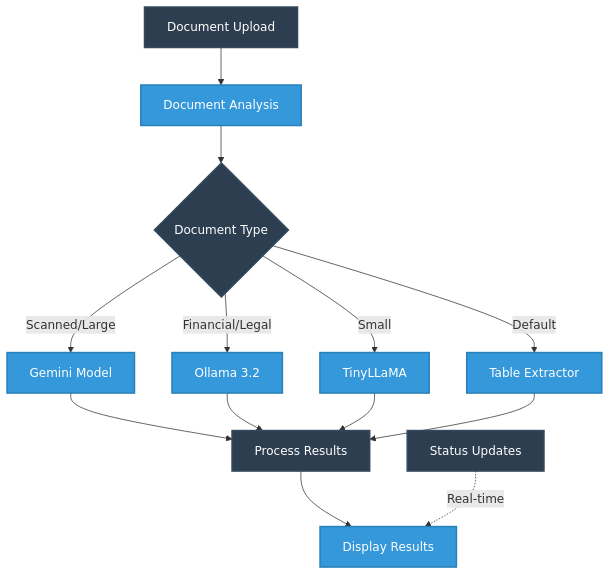
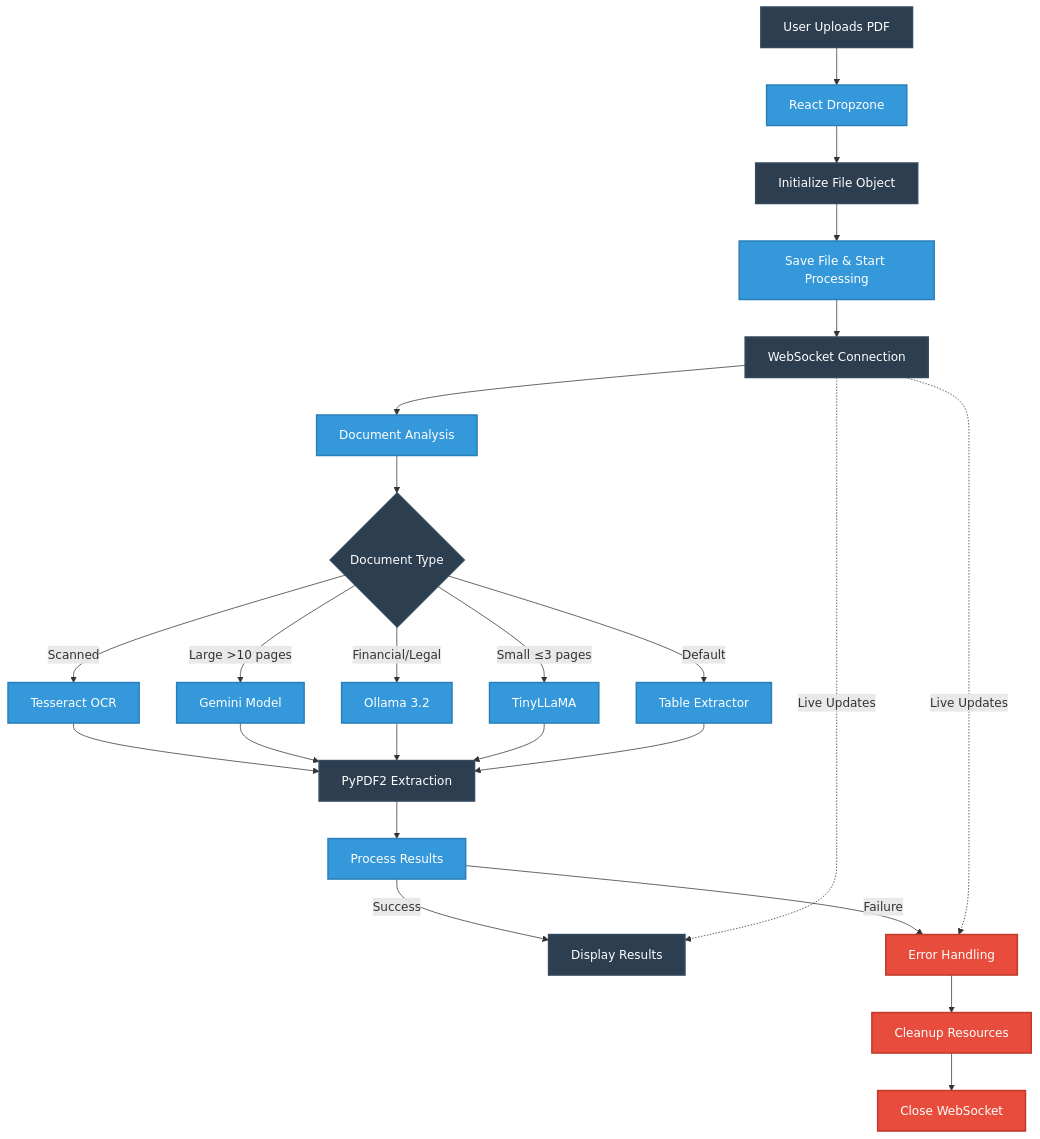
Before and after one commit to pharshithaa/document-processing-system: the diagram in README.md, drawn with Mermaid. The commit also changed other lines of this file, not shown here.

````diff
--- a/README.md
+++ b/README.md
@@ -9,34 +9,61 @@
 ```mermaid
 graph TD
-    %% Main Flow
-    A[Document Upload] --> B[Document Analysis]
-    B --> C{Document Type}
+    %% Frontend Flow
+    A[User Uploads PDF] --> B[React Dropzone]
+    B --> C[Initialize File Object]
+    
+    %% Backend Processing
+    C --> D[Save File & Start Processing]
+    D --> E[WebSocket Connection]
+    
+    %% Document Analysis
+    E --> F[Document Analysis]
+    F --> G{Document Type}
     
     %% Processing Paths
-    C -->|Scanned/Large| D[Gemini Model]
-    C -->|Financial/Legal| E[Ollama 3.2]
-    C -->|Small| F[TinyLLaMA]
-    C -->|Default| G[Table Extractor]
+    G -->|Scanned| H[Tesseract OCR]
+    G -->|Large >10 pages| I[Gemini Model]
+    G -->|Financial/Legal| J[Ollama 3.2]
+    G -->|Small ≤3 pages| K[TinyLLaMA]
+    G -->|Default| L[Table Extractor]
     
-    %% Results
-    D --> H[Process Results]
-    E --> H
-    F --> H
-    G --> H
+    %% Content Processing
+    H --> M[PyPDF2 Extraction]
+    I --> M
+    J --> M
+    K --> M
+    L --> M
     
-    %% Status & Display
-    H --> I[Display Results]
-    J[Status Updates] -.->|Real-time| I
+    %% Results & Status
+    M --> N[Process Results]
+    N -->|Success| O[Display Results]
+    N -->|Failure| P[Error Handling]
+    
+    %% Status Updates
+    E -.->|Live Updates| O
+    E -.->|Live Updates| P
+    
+    %% Cleanup
+    P --> Q[Cleanup Resources]
+    Q --> R[Close WebSocket]
     
     %% Styling - Professional Blue Theme
     style A fill:#2c3e50,stroke:#34495e,stroke-width:2px,color:#fff
     style B fill:#3498db,stroke:#2980b9,stroke-width:2px,color:#fff
     style C fill:#2c3e50,stroke:#34495e,stroke-width:2px,color:#fff
     style D fill:#3498db,stroke:#2980b9,stroke-width:2px,color:#fff
-    style E fill:#3498db,stroke:#2980b9,stroke-width:2px,color:#fff
+    style E fill:#2c3e50,stroke:#34495e,stroke-width:2px,color:#fff
     style F fill:#3498db,stroke:#2980b9,stroke-width:2px,color:#fff
-    style G fill:#3498db,stroke:#2980b9,stroke-width:2px,color:#fff
-    style H fill:#2c3e50,stroke:#34495e,stroke-width:2px,color:#fff
+    style G fill:#2c3e50,stroke:#34495e,stroke-width:2px,color:#fff
+    style H fill:#3498db,stroke:#2980b9,stroke-width:2px,color:#fff
     style I fill:#3498db,stroke:#2980b9,stroke-width:2px,color:#fff
-    style J fill:#2c3e50,stroke:#34495e,stroke-width:2px,color:#fff
+    style J fill:#3498db,stroke:#2980b9,stroke-width:2px,color:#fff
+    style K fill:#3498db,stroke:#2980b9,stroke-width:2px,color:#fff
+    style L fill:#3498db,stroke:#2980b9,stroke-width:2px,color:#fff
+    style M fill:#2c3e50,stroke:#34495e,stroke-width:2px,color:#fff
+    style N fill:#3498db,stroke:#2980b9,stroke-width:2px,color:#fff
+    style O fill:#2c3e50,stroke:#34495e,stroke-width:2px,color:#fff
+    style P fill:#e74c3c,stroke:#c0392b,stroke-width:2px,color:#fff
+    style Q fill:#e74c3c,stroke:#c0392b,stroke-width:2px,color:#fff
+    style R fill:#e74c3c,stroke:#c0392b,stroke-width:2px,color:#fff
 ```
````
